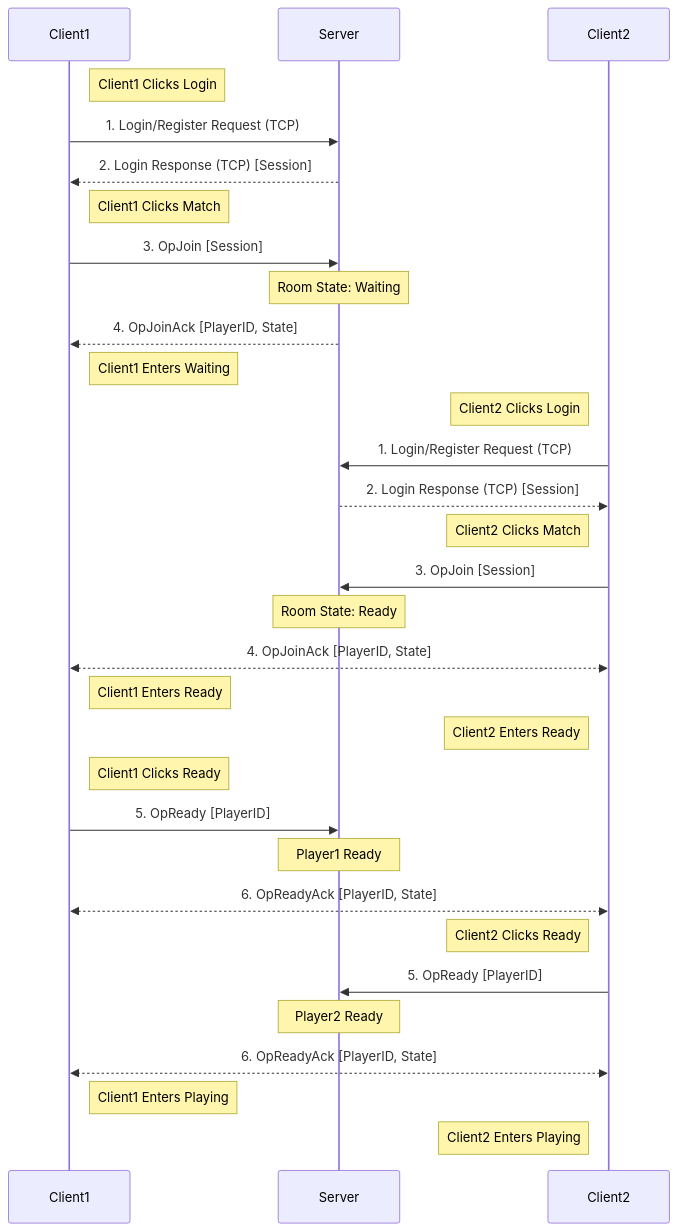
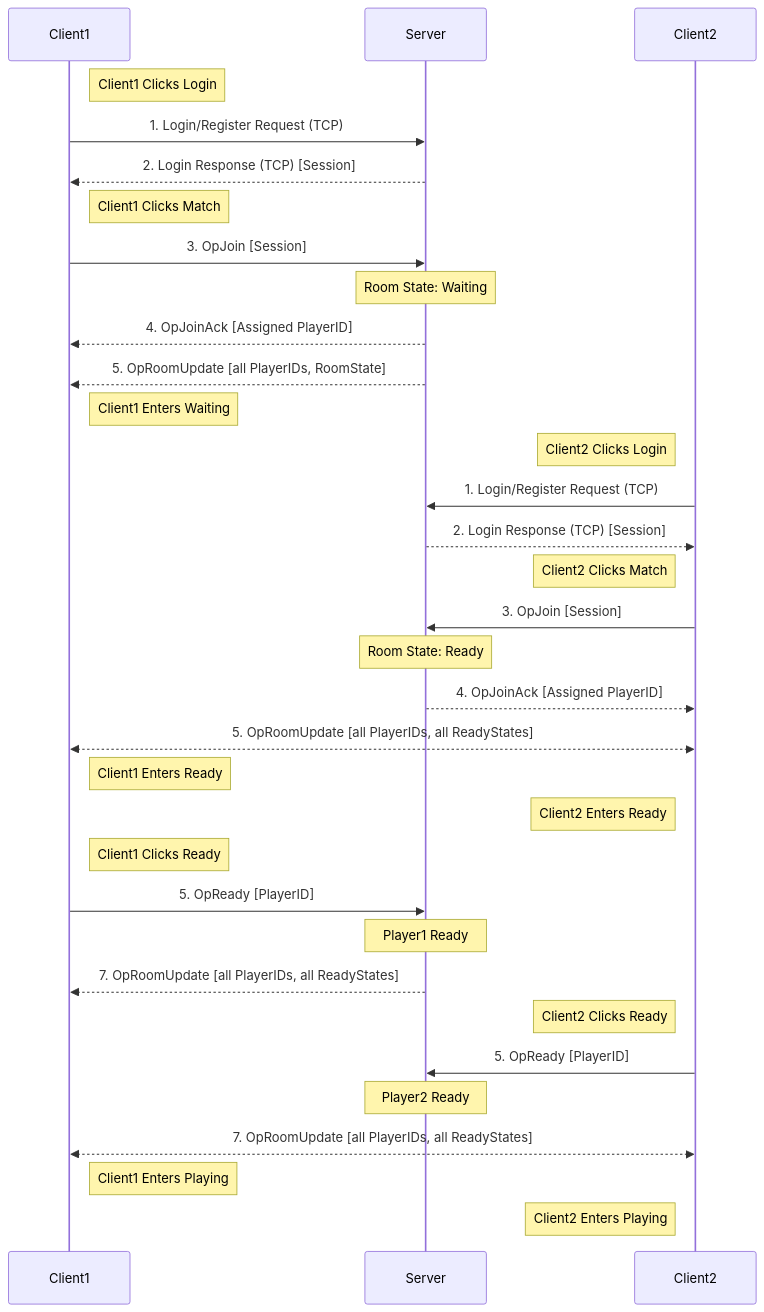
The diagram in doc/protocol.md (Reyar-Comb/Happy-Inspring-Thriving-Smart-Zone), drawn with Mermaid before and after one commit. The commit also changed other lines of this file and 3 other files, not shown here.

````diff
--- a/doc/protocol.md
+++ b/doc/protocol.md
@@ -4,37 +4,39 @@
 ```mermaid
 sequenceDiagram
     
     participant C1 as Client1
     participant S as Server
     participant C2 as Client2
 
 
     note right of C1: Client1 Clicks Login
     C1->>S: 1. Login/Register Request (TCP)
     S-->>C1: 2. Login Response (TCP) [Session]
     note right of C1: Client1 Clicks Match
     C1->>S: 3. OpJoin [Session]
     note over S: Room State: Waiting
-    S-->>C1: 4. OpJoinAck [PlayerID, State]
+    S-->>C1: 4. OpJoinAck [Assigned PlayerID]
+    S-->>C1: 5. OpRoomUpdate [all PlayerIDs, RoomState]
     note right of C1: Client1 Enters Waiting
     note left of C2: Client2 Clicks Login
     C2->>S: 1. Login/Register Request (TCP)
     S-->>C2: 2. Login Response (TCP) [Session]
     note left of C2: Client2 Clicks Match
     C2->>S: 3. OpJoin [Session]
     note over S: Room State: Ready
-    C2<<-->>C1: 4. OpJoinAck [PlayerID, State]
+    S-->>C2: 4. OpJoinAck [Assigned PlayerID]
+    C2<<-->>C1: 5. OpRoomUpdate [all PlayerIDs, all ReadyStates]
     note right of C1: Client1 Enters Ready
     note left of C2: Client2 Enters Ready
 
     note right of C1: Client1 Clicks Ready
     C1->>S: 5. OpReady [PlayerID]
     note over S: Player1 Ready
-    C2<<-->>C1: 6. OpReadyAck [PlayerID, State]
+    S-->>C1: 7. OpRoomUpdate [all PlayerIDs, all ReadyStates]
     note left of C2: Client2 Clicks Ready
     C2->>S: 5. OpReady [PlayerID]
     note over S: Player2 Ready
-    C1<<-->>C2: 6. OpReadyAck [PlayerID, State]
+    C1<<-->>C2: 7. OpRoomUpdate [all PlayerIDs, all ReadyStates]
     note right of C1: Client1 Enters Playing
     note left of C2: Client2 Enters Playing
 ```
````
